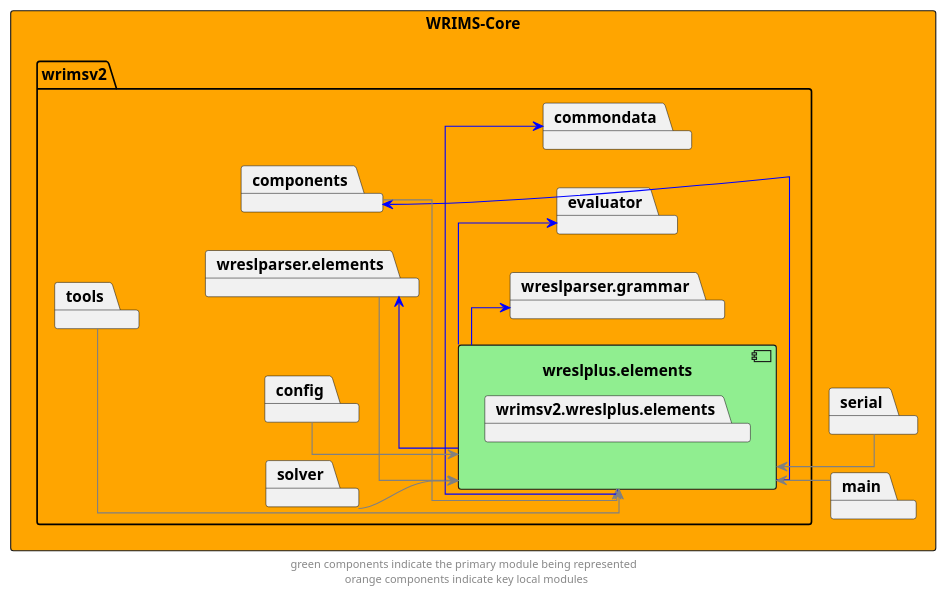
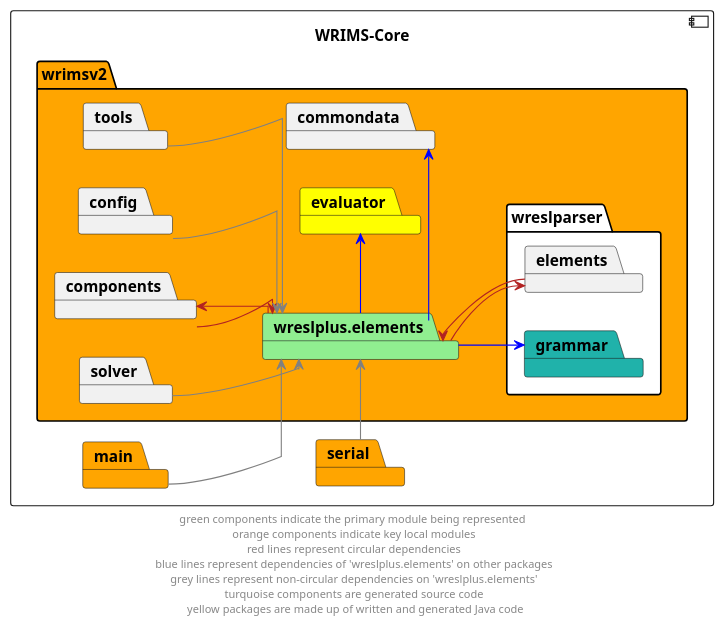
The diagram in docs/diagrams/wrims-core/wrims-core_wreslplus-elements.puml (CentralValleyModeling/wrims), drawn with PlantUML before and after one commit. The commit also changed 63 other files, not shown here.

First line of the commit message:
Updated diagrams for improved consistency and legibility (#226)

```diff
--- a/docs/diagrams/wrims-core/wrims-core_wreslplus-elements.puml
+++ b/docs/diagrams/wrims-core/wrims-core_wreslplus-elements.puml
@@ -1,46 +1,45 @@
 @startuml
 left to right direction
 skinparam linetype ortho
 
-rectangle wrims_core as "WRIMS-Core" #orange {
-        package wrimsv2{
-            package wreslplus.elements {
-                component wreslplus.elements #lightgreen {
-                    package wrimsv2.wreslplus.elements
-                }
-            }
+component wrims_core as "WRIMS-Core" {
+        package wrimsv2 #orange {
+            package wreslplus.elements #lightgreen
         package commondata
         package components
-        package evaluator
-        package wreslparser.elements
-
+        package evaluator #yellow
+        package wreslparser #white {
+            package elements
+            package grammar #lightseagreen
+        }
         package config
         package solver
         package tools
-        package wreslparser.grammar
     }
-package main
-package serial
+    package main #orange
+    package serial #orange
 }
 
-wreslplus.elements -l->  components #blue
-components -->  wreslplus.elements #grey
-wreslplus.elements -l->  wreslparser.elements #blue
-wreslparser.elements -->  wreslplus.elements #grey
+wreslplus.elements -l->  components #firebrick
+components -->  wreslplus.elements #firebrick
+wreslplus.elements -->  elements #firebrick
+elements -l->  wreslplus.elements #firebrick
 
 wreslplus.elements -r->  commondata #blue
 wreslplus.elements -r->  evaluator #blue
-wreslplus.elements -r->  wreslparser.grammar #blue
+wreslplus.elements -->  grammar #blue
 
 config -->  wreslplus.elements #grey
 solver -->  wreslplus.elements #grey
 tools -->  wreslplus.elements #grey
 
-main -u-> wreslplus.elements #grey
-serial -u-> wreslplus.elements #grey
+main --> wreslplus.elements #grey
+serial -r-> wreslplus.elements #grey
 
 ' The following relationships are hidden and used to format the diagram. They do not represent actual dependencies.
-wreslparser.elements -u[hidden]-> tools
+elements -u[hidden]-> tools
+serial -u[hidden]-> main
+components -r[hidden]-> config
 
-footer "green components indicate the primary module being represented \n orange components indicate key local modules"
+footer "green components indicate the primary module being represented \n orange components indicate key local modules \n red lines represent circular dependencies \n blue lines represent dependencies of 'wreslplus.elements' on other packages \n grey lines represent non-circular dependencies on 'wreslplus.elements' \n turquoise components are generated source code \n yellow packages are made up of written and generated Java code"
 @enduml
```
